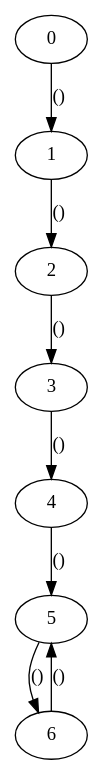
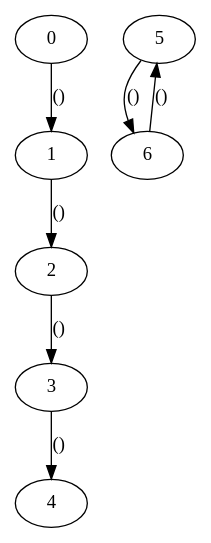
One commit to jakubslowik/dddd changed the diagram in workflow.dot. Above: the diagram before and after it, drawn with Graphviz.

```diff
--- a/workflow.dot
+++ b/workflow.dot
@@ -1,17 +1,17 @@
 
 digraph G {
 u0[label="0"];
 u1[label="1"];
 u2[label="2"];
 u3[label="3"];
 u4[label="4"];
 u5[label="5"];
 u6[label="6"];
 u0 -> u1[label="()"];
 u1 -> u2[label="()"];
 u2 -> u3[label="()"];
 u3 -> u4[label="()"];
-u4 -> u5[label="()"];
+
 u5 -> u6[label="()"];
 u6 -> u5[label="()"];
 }
```
